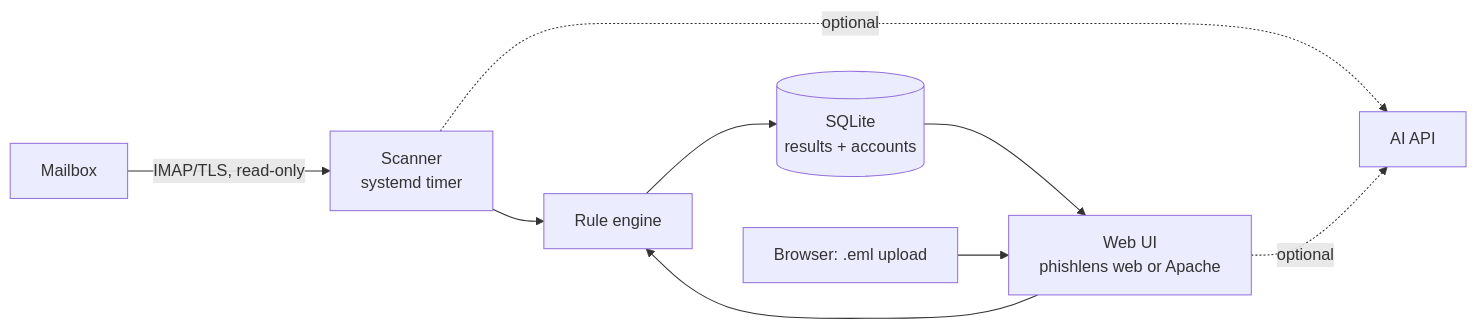
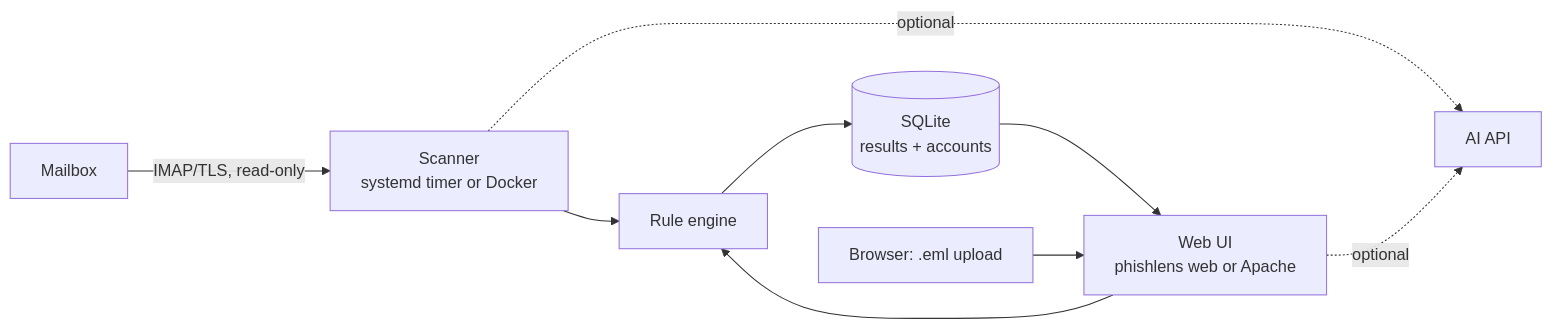
Before and after one commit to aelof1/phishlens: the diagram in README.md, drawn with Mermaid. The commit also changed other lines of this file and 18 other files, not shown here.

````diff
--- a/README.md
+++ b/README.md
@@ -36,11 +38,11 @@
 ```mermaid
 flowchart LR
-    M[Mailbox] -- "IMAP/TLS, read-only" --> S[Scanner<br>systemd timer]
+    M[Mailbox] -- "IMAP/TLS, read-only" --> S[Scanner<br>systemd timer or Docker]
     S --> E[Rule engine]
     E --> D[(SQLite<br>results + accounts)]
     D --> W[Web UI<br>phishlens web or Apache]
     U[Browser: .eml upload] --> W
     W --> E
     S -. optional .-> A[AI API]
     W -. optional .-> A
 ```
````
